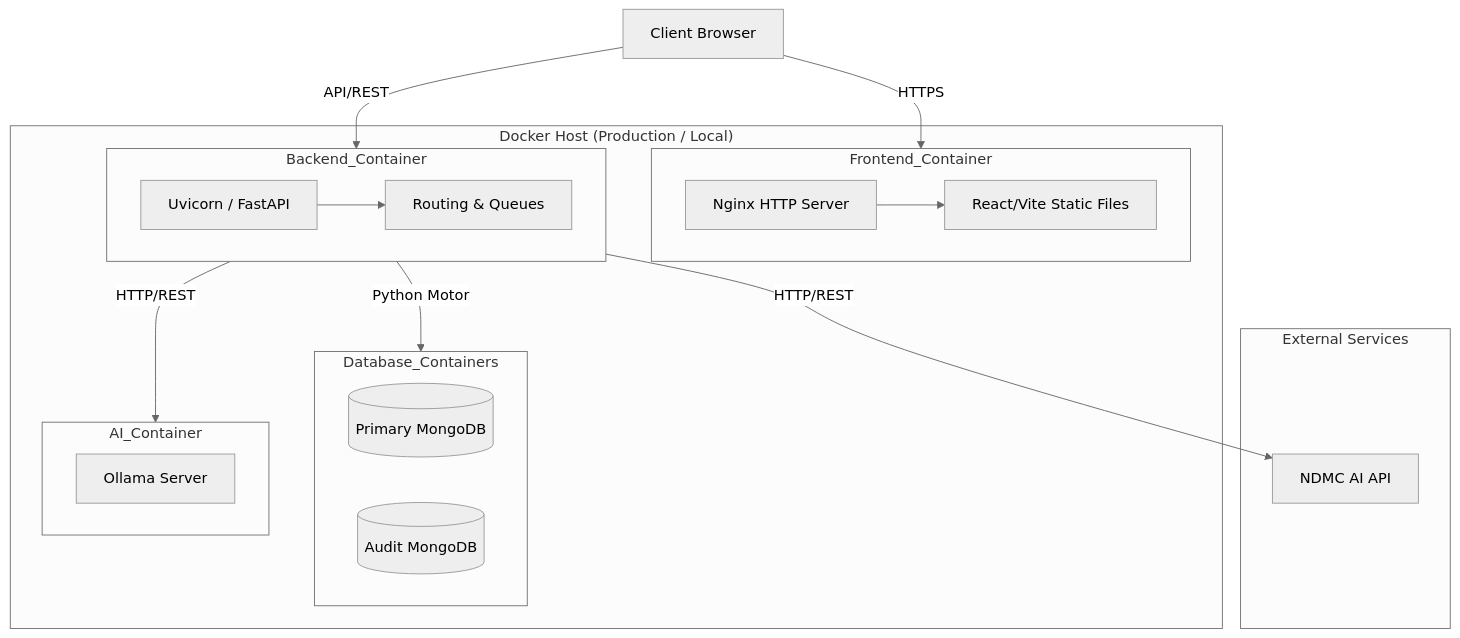
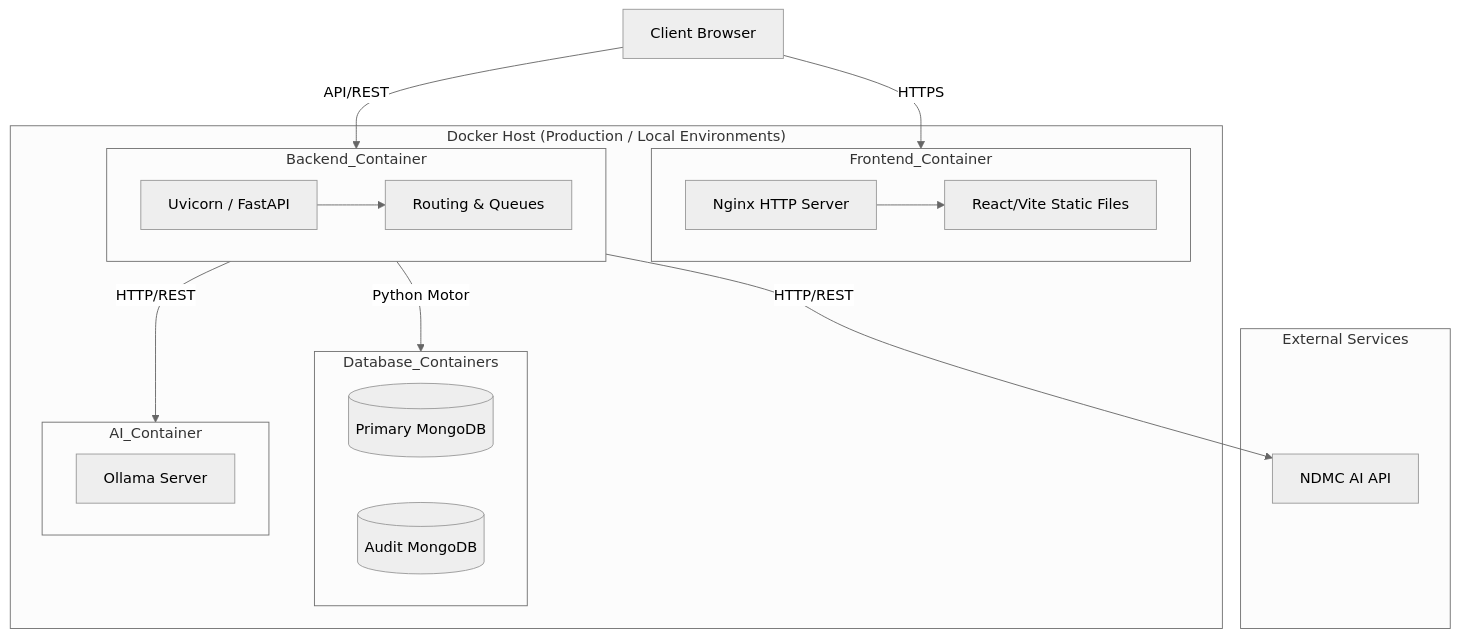
The ninth of 10 diagrams in docs/DIAGRAMS.md (ark5234/Jan-Sunwai-AI), drawn with Mermaid (neutral theme) before and after one commit. The commit also changed other lines of this file and 5 other files, not shown here.

Commit message:
docs: generate project documentation including architectural diagrams and report structure

````diff
--- a/docs/DIAGRAMS.md
+++ b/docs/DIAGRAMS.md
@@ -249,36 +254,36 @@
 ```mermaid
 flowchart TD
-    subgraph "Docker Host (Production / Local)"
+    subgraph "Docker Host (Production / Local Environments)"
         subgraph Frontend_Container
             Nginx[Nginx HTTP Server]
             React[React/Vite Static Files]
             Nginx --> React
         end
         
         subgraph Backend_Container
             Uvicorn[Uvicorn / FastAPI]
             PyLogic[Routing & Queues]
             Uvicorn --> PyLogic
         end
         
         subgraph Database_Containers
             MongoDB[(Primary MongoDB)]
             NDMCDB[(Audit MongoDB)]
         end
         
         subgraph AI_Container
             Ollama[Ollama Server]
         end
     end
 
     subgraph "External Services"
         NDMC_API[NDMC AI API]
     end
     
     ClientBrowser[Client Browser] -->|HTTPS| Frontend_Container
     ClientBrowser -->|API/REST| Backend_Container
     
     Backend_Container -->|Python Motor| Database_Containers
     Backend_Container -->|HTTP/REST| AI_Container
     Backend_Container -->|HTTP/REST| NDMC_API
 ```
````
